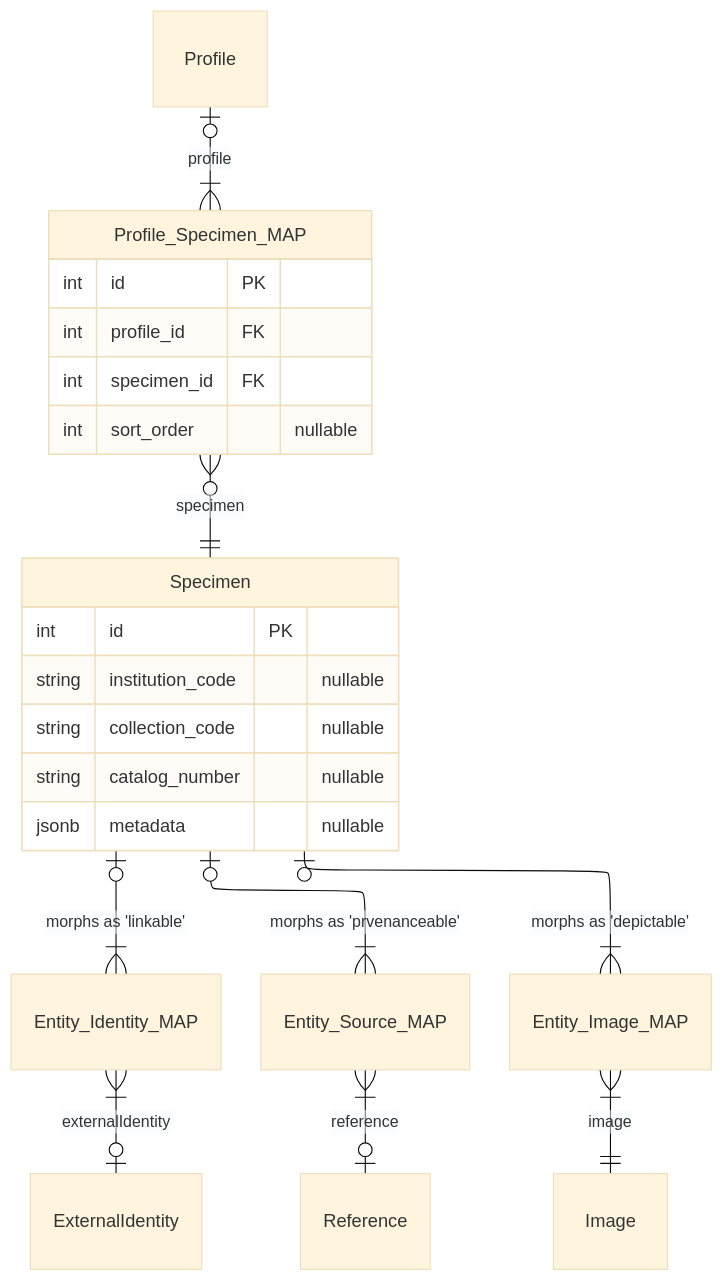
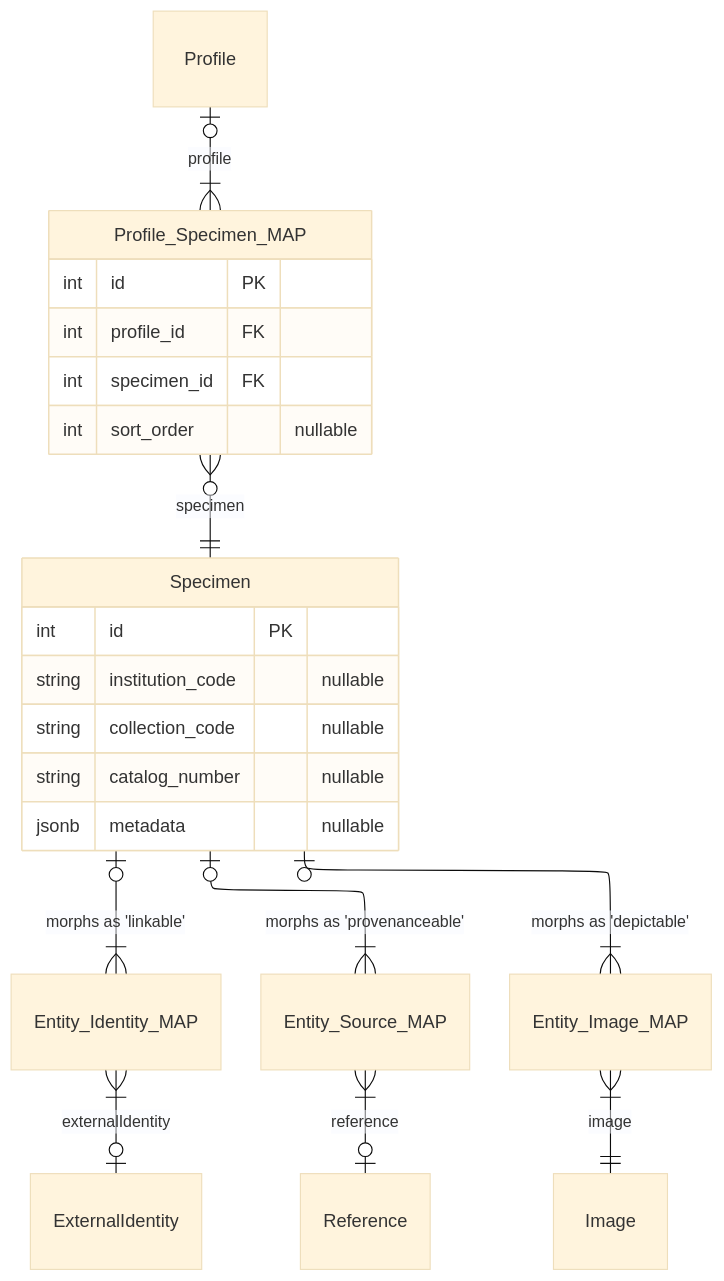
One commit to vicflora/vicflora-docs changed the diagram in source/_mermaid/layer-8b-voucher.mmd. Above: the diagram before and after it, drawn with Mermaid (base theme). The commit also changed 4 other files, not shown here.

```diff
--- a/source/_mermaid/layer-8b-voucher.mmd
+++ b/source/_mermaid/layer-8b-voucher.mmd
@@ -1,28 +1,28 @@
 ---
 config:
   layout: elk
 ---
 erDiagram
   Profile |o--|{ Profile_Specimen_MAP : "profile"
   Profile_Specimen_MAP }o--|| Specimen : "specimen"
   Specimen |o--|{ Entity_Identity_MAP : "morphs as 'linkable'"
   Entity_Identity_MAP }|--o| ExternalIdentity : "externalIdentity"
-  Specimen |o--|{ Entity_Source_MAP : "morphs as 'prvenanceable'"
+  Specimen |o--|{ Entity_Source_MAP : "morphs as 'provenanceable'"
   Entity_Source_MAP }|--o| Reference : "reference"
   Specimen |o--|{ Entity_Image_MAP : "morphs as 'depictable'"
   Entity_Image_MAP }|--|| Image : "image"
 
   Profile_Specimen_MAP {
     int id PK
     int profile_id FK 
     int specimen_id FK
     int sort_order "nullable"
   }
 
   Specimen {
     int id PK
     string institution_code "nullable"
     string collection_code "nullable"
     string catalog_number "nullable"
     jsonb metadata "nullable"
   }
```
